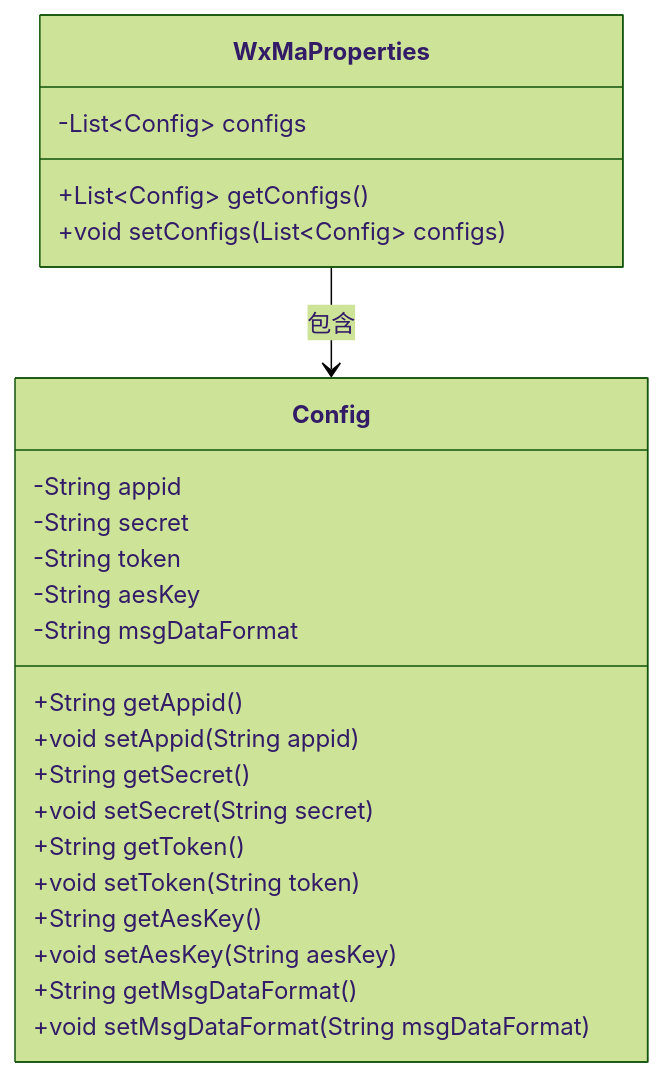
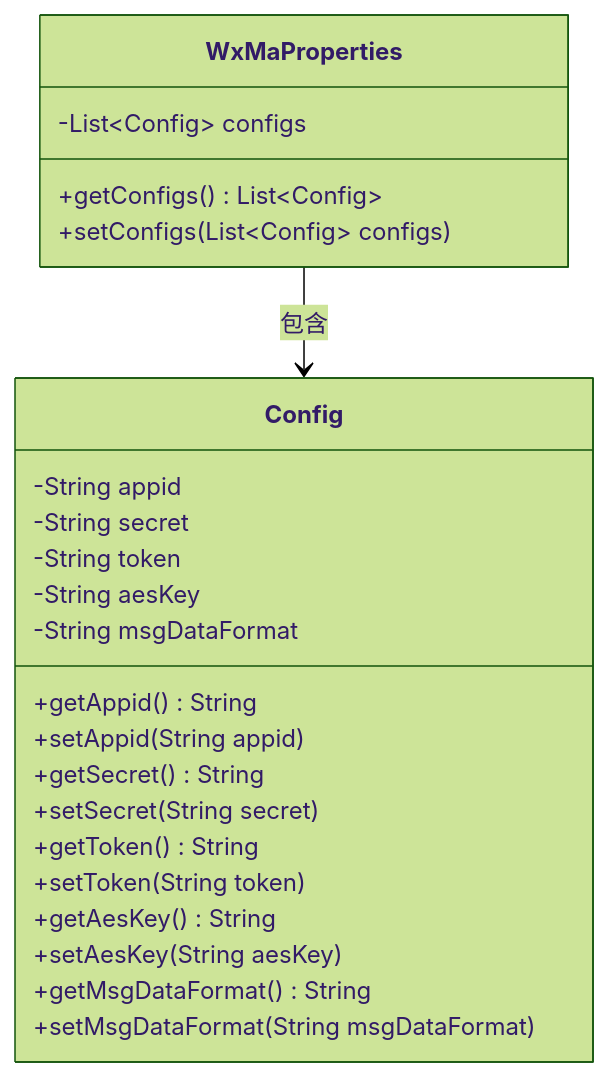
Before and after one commit to v-wjrong/binary_weixin-java-miniapp-demo: the first of 2 diagrams in docs/zh/docs/src/main/java/com/github/binarywang/demo/wx/miniapp/config/WxMaProperties.md, drawn with Mermaid (forest theme). The commit also changed other lines of this file and 50 other files, not shown here.

````diff
--- a/docs/zh/docs/src/main/java/com/github/binarywang/demo/wx/miniapp/config/WxMaProperties.md
+++ b/docs/zh/docs/src/main/java/com/github/binarywang/demo/wx/miniapp/config/WxMaProperties.md
@@ -36,28 +36,28 @@
 ```mermaid
 classDiagram
     class WxMaProperties {
         -List~Config~ configs
-        +List~Config~ getConfigs()
-        +void setConfigs(List~Config~ configs)
+        +getConfigs() List~Config~
+        +setConfigs(List~Config~ configs)
     }
-
+    
     class Config {
         -String appid
         -String secret
         -String token
         -String aesKey
         -String msgDataFormat
-        +String getAppid()
-        +void setAppid(String appid)
-        +String getSecret()
-        +void setSecret(String secret)
-        +String getToken()
-        +void setToken(String token)
-        +String getAesKey()
-        +void setAesKey(String aesKey)
-        +String getMsgDataFormat()
-        +void setMsgDataFormat(String msgDataFormat)
+        +getAppid() String
+        +setAppid(String appid)
+        +getSecret() String
+        +setSecret(String secret)
+        +getToken() String
+        +setToken(String token)
+        +getAesKey() String
+        +setAesKey(String aesKey)
+        +getMsgDataFormat() String
+        +setMsgDataFormat(String msgDataFormat)
     }
 
     WxMaProperties --> Config : 包含
 ```
````
